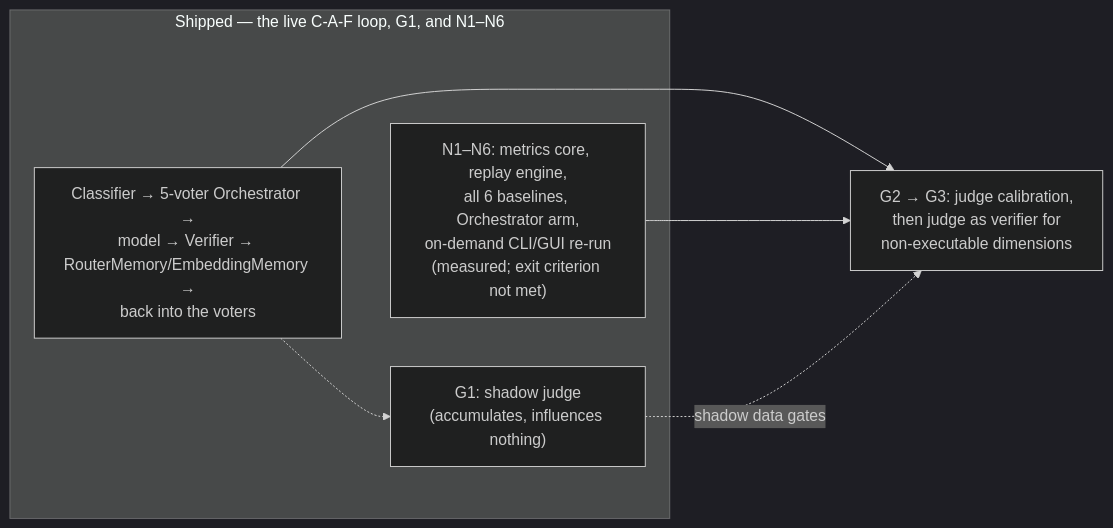
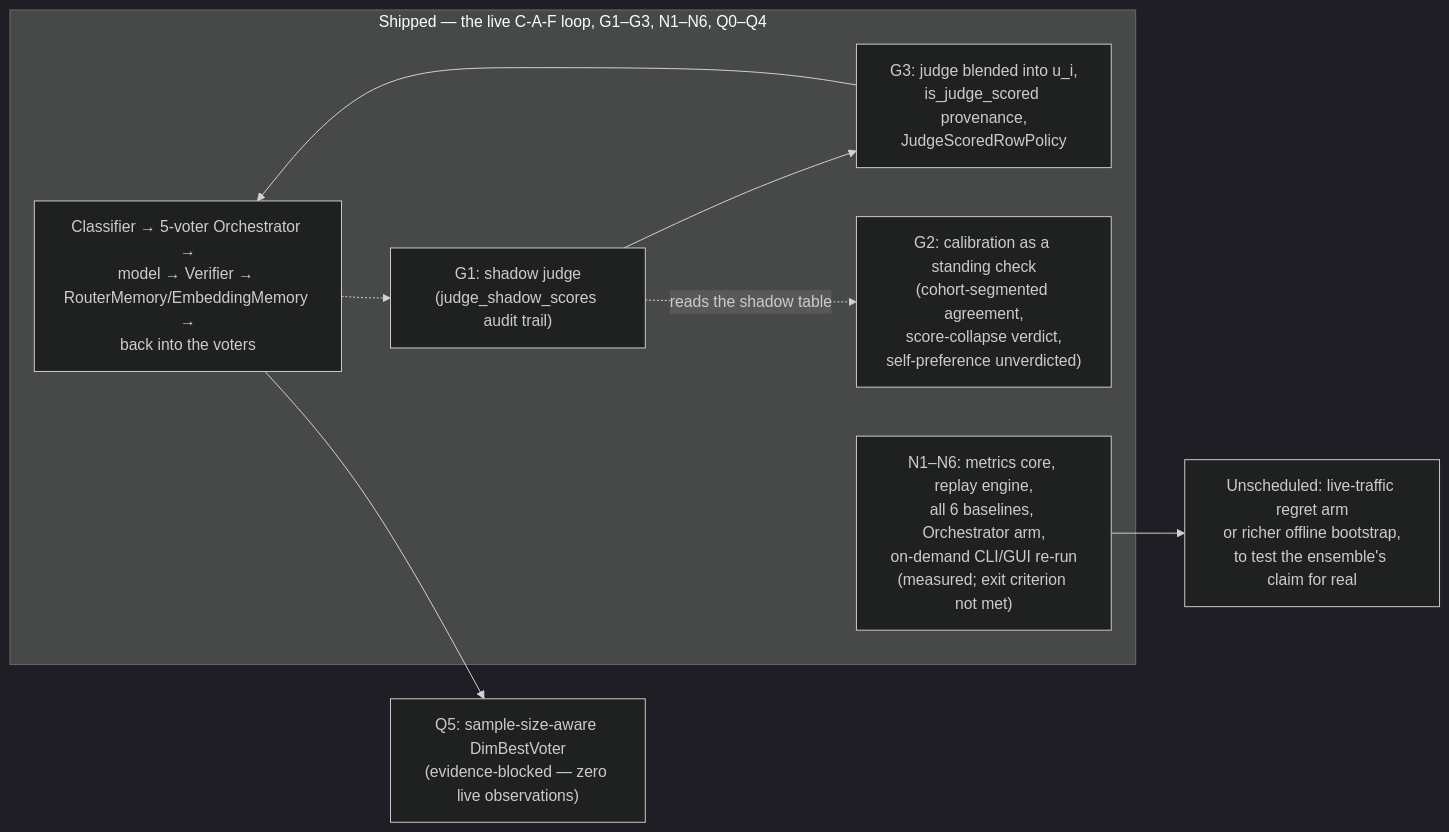
One commit to davidpizon/TotallyHot-ArcRouter changed the diagram in src/PLAN.md. Above: the diagram before and after it, drawn with Mermaid (dark theme). The commit also changed other lines of this file and 41 other files, not shown here.

````diff
--- a/src/PLAN.md
+++ b/src/PLAN.md
@@ -130,15 +131,20 @@
 ```mermaid
 flowchart LR
-    subgraph shipped["Shipped — the live C-A-F loop, G1, and N1–N6"]
+    subgraph shipped["Shipped — the live C-A-F loop, G1–G3, N1–N6, Q0–Q4"]
         LOOP["Classifier → 5-voter Orchestrator →<br/>model → Verifier → RouterMemory/EmbeddingMemory →<br/>back into the voters"]
-        G1["G1: shadow judge<br/>(accumulates, influences nothing)"]
+        G1["G1: shadow judge<br/>(judge_shadow_scores audit trail)"]
+        G3["G3: judge blended into u_i,<br/>is_judge_scored provenance,<br/>JudgeScoredRowPolicy"]
+        G2["G2: calibration as a standing check<br/>(cohort-segmented agreement,<br/>score-collapse verdict,<br/>self-preference unverdicted)"]
         N16["N1–N6: metrics core, replay engine,<br/>all 6 baselines, Orchestrator arm,<br/>on-demand CLI/GUI re-run<br/>(measured; exit criterion not met)"]
         LOOP -.-> G1
+        G1 --> G3
+        G3 --> LOOP
+        G1 -.->|"reads the shadow table"| G2
     end
 
-    G23["G2 → G3: judge calibration,<br/>then judge as verifier for<br/>non-executable dimensions"]
+    BLOCKED["Q5: sample-size-aware DimBestVoter<br/>(evidence-blocked — zero live observations)"]
+    UNSCHED["Unscheduled: live-traffic regret arm<br/>or richer offline bootstrap,<br/>to test the ensemble's claim for real"]
 
-    LOOP --> G23
-    N16 --> G23
-    G1 -.->|"shadow data gates"| G23
+    LOOP --> BLOCKED
+    N16 --> UNSCHED
 ```
````
